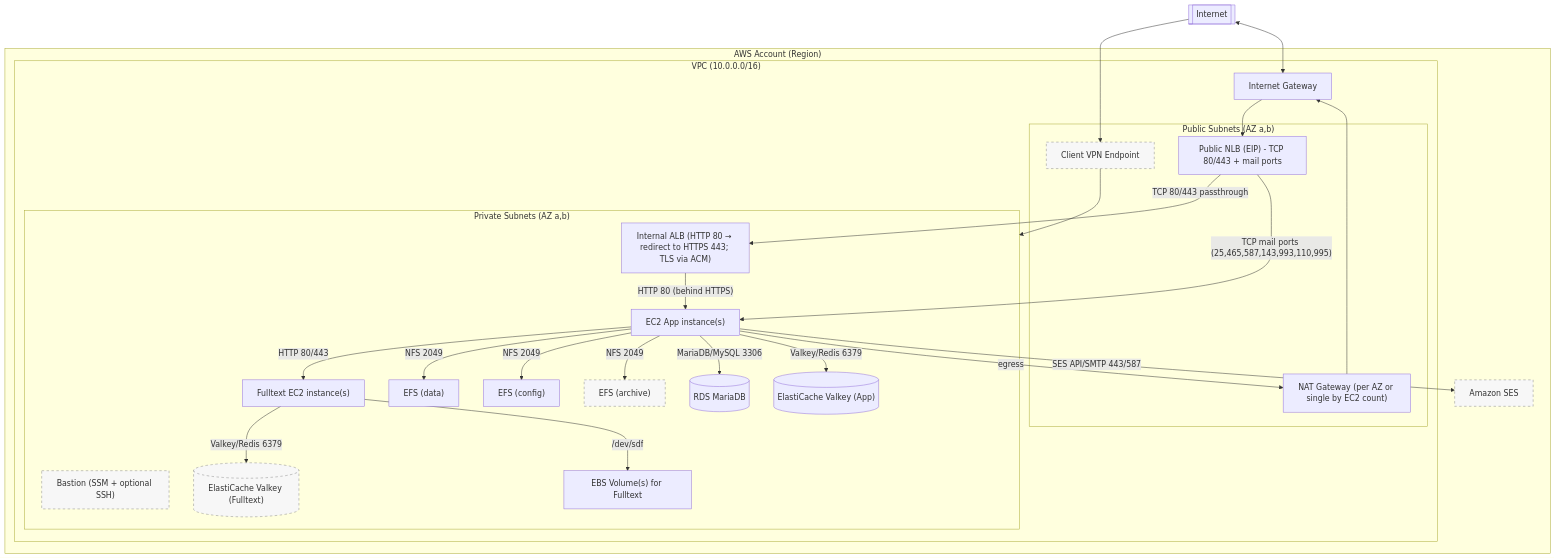
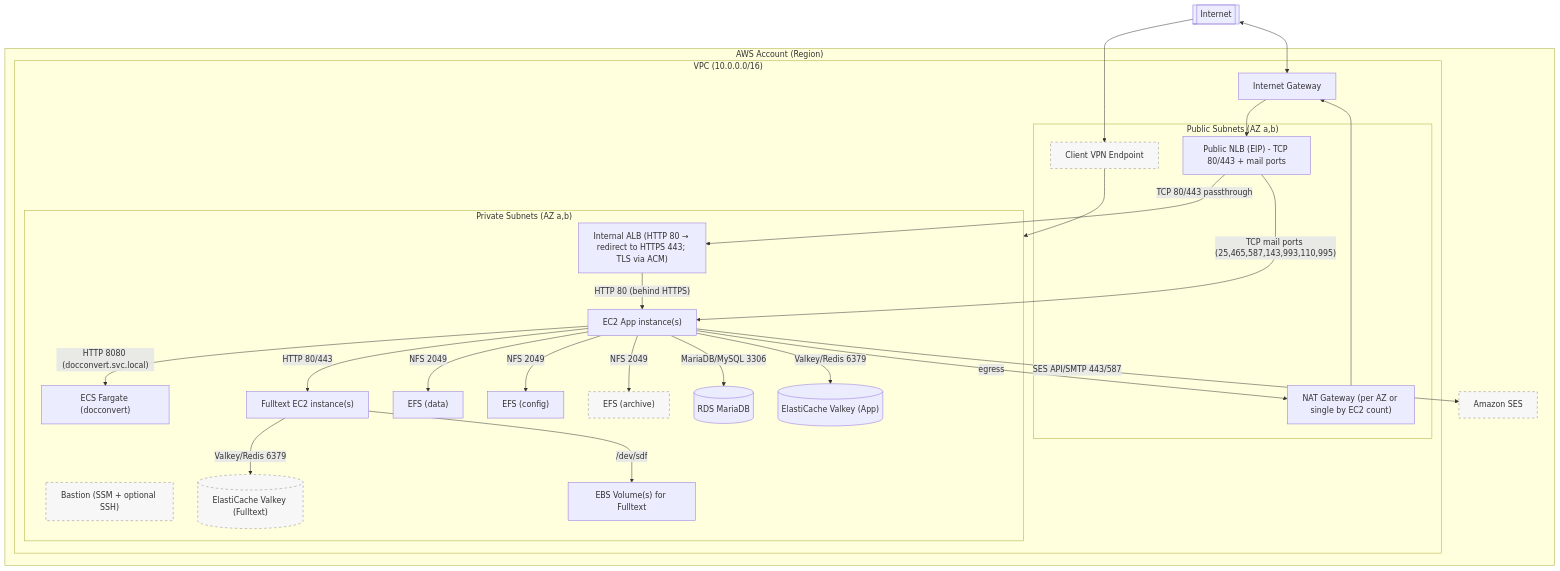
Before and after one commit to spetr/iw-terraform: the diagram in ARCHITECTURE.md, drawn with Mermaid. The commit also changed other lines of this file and 4 other files, not shown here.

Commit message:
ECS fargate - mundi

````diff
--- a/ARCHITECTURE.md
+++ b/ARCHITECTURE.md
@@ -5,67 +5,72 @@
 ```mermaid
 flowchart TD
   Internet[[Internet]]
 
   subgraph AWS["AWS Account (Region)"]
-    subgraph VPC["VPC (10.0.0.0/16)"]
+  subgraph VPC["VPC (10.0.0.0/16)"]
       IGW["Internet Gateway"]
 
       subgraph Public["Public Subnets (AZ a,b)"]
         NLB["Public NLB (EIP) - TCP 80/443 + mail ports"]
         NAT["NAT Gateway (per AZ or single by EC2 count)"]
         CVPN["Client VPN Endpoint"]
       end
 
       subgraph Private["Private Subnets (AZ a,b)"]
         ALB["Internal ALB (HTTP 80 → redirect to HTTPS 443; TLS via ACM)"]
         EC2["EC2 App instance(s)"]
+        ECS["ECS Fargate (docconvert)"]
         FT["Fulltext EC2 instance(s)"]
         Bastion["Bastion (SSM + optional SSH)"]
         EFS1["EFS (data)"]
         EFS2["EFS (config)"]
         EFS3["EFS (archive)"]
         RDS[("RDS MariaDB")]
         ValkeyApp[("ElastiCache Valkey (App)")]
         ValkeyFT[("ElastiCache Valkey (Fulltext)")]
         EBSFT["EBS Volume(s) for Fulltext"]
       end
     end
     SES["Amazon SES"]
   end
 
   Internet <--> IGW
 
   %% Inbound from Internet
   IGW --> NLB
   NLB -->|"TCP 80/443 passthrough"| ALB
   NLB -->|"TCP mail ports (25,465,587,143,993,110,995)"| EC2
 
   %% Load balancer to EC2
   ALB -->|"HTTP 80 (behind HTTPS)"| EC2
 
+  %% EC2 app calls private ECS service via Cloud Map
+  EC2 -->|"HTTP 8080 (docconvert.svc.local)"| ECS
+
   %% East-west inside VPC
   EC2 -- "NFS 2049" --> EFS1
   EC2 -- "NFS 2049" --> EFS2
   EC2 -- "NFS 2049" --> EFS3
   EC2 -->|"MariaDB/MySQL 3306"| RDS
   EC2 -->|"Valkey/Redis 6379"| ValkeyApp
   FT  -->|"Valkey/Redis 6379"| ValkeyFT
   EC2 -->|"HTTP 80/443"| FT
 
   %% App to SES (API/SMTP) – via NAT egress
   EC2 -->|"SES API/SMTP 443/587"| SES
 
   %% Egress
   EC2 -->|egress| NAT --> IGW
+  %% ECS docconvert has no Internet egress (SG restricted). For pulls/logs, use VPC Interface Endpoints (optional).
 
   %% Fulltext storage attachment
   FT -- "/dev/sdf" --> EBSFT
 
   %% VPN access into VPC
   Internet --> CVPN
   CVPN --> Private
 
   %% Styling for optional components
   classDef optional fill:#f7f7f7,stroke:#888,stroke-width:1px,stroke-dasharray: 5 5,color:#333
   class EFS3,ValkeyFT,SES,CVPN,Bastion optional
 ```
````
